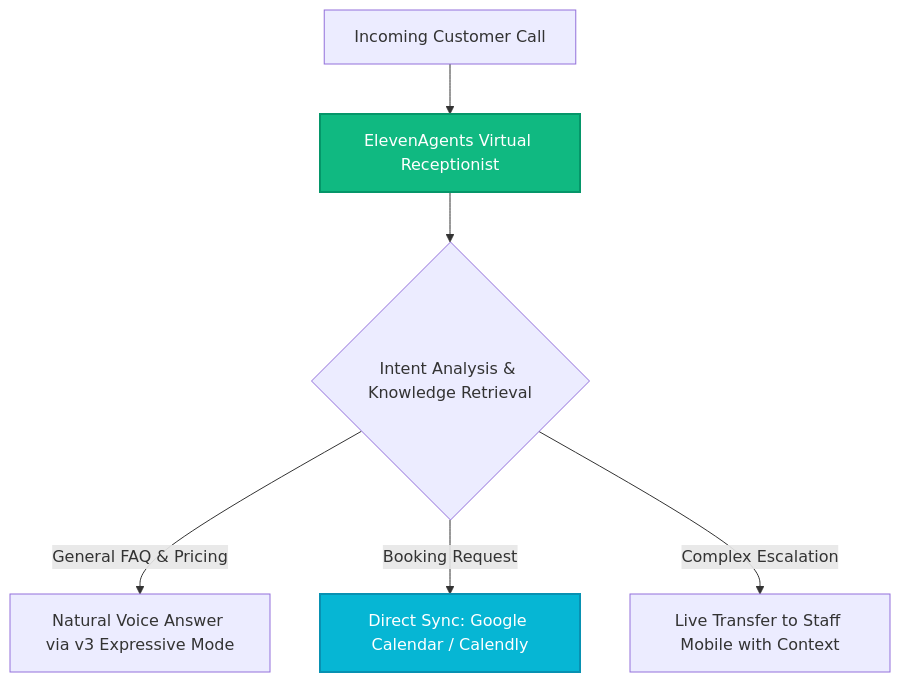
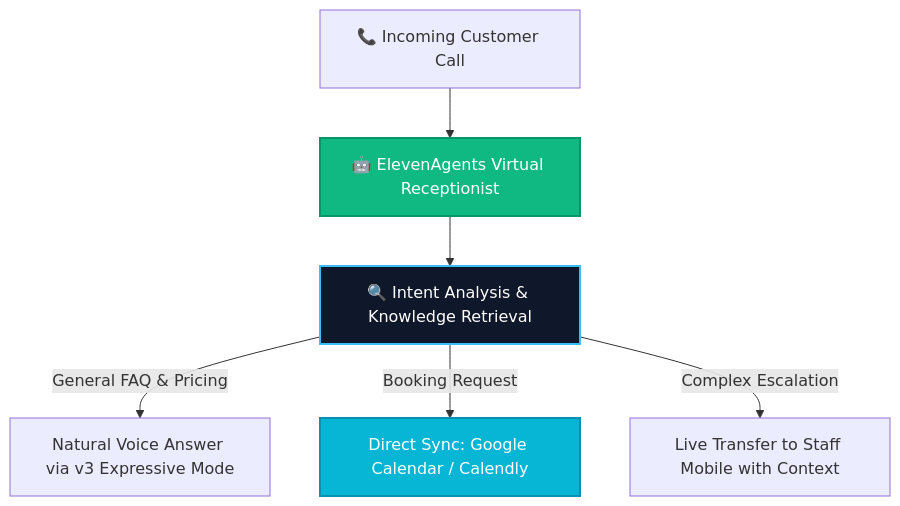
Before and after one commit to heliatech-media/saas-radar: the diagram in site/src/content/blog/elevenagents-ai-receptionist-guide.md, drawn with Mermaid. The commit also changed 26 other files, not shown here.

````diff
--- a/site/src/content/blog/elevenagents-ai-receptionist-guide.md
+++ b/site/src/content/blog/elevenagents-ai-receptionist-guide.md
@@ -49,10 +49,11 @@
 ```mermaid
 flowchart TD
-    A[Incoming Customer Call] --> B[ElevenAgents Virtual Receptionist]
-    B --> C{Intent Analysis & Knowledge Retrieval}
-    C -->|General FAQ & Pricing| D[Natural Voice Answer via v3 Expressive Mode]
-    C -->|Booking Request| E[Direct Sync: Google Calendar / Calendly]
-    C -->|Complex Escalation| F[Live Transfer to Staff Mobile with Context]
+    A["📞 Incoming Customer Call"] --> B["🤖 ElevenAgents Virtual Receptionist"]
+    B --> C["🔍 Intent Analysis & Knowledge Retrieval"]
+    C -->|General FAQ & Pricing| D["Natural Voice Answer via v3 Expressive Mode"]
+    C -->|Booking Request| E["Direct Sync: Google Calendar / Calendly"]
+    C -->|Complex Escalation| F["Live Transfer to Staff Mobile with Context"]
     style B fill:#10b981,stroke:#059669,stroke-width:2px,color:#ffffff
+    style C fill:#0f172a,stroke:#38bdf8,stroke-width:2px,color:#ffffff
     style E fill:#06b6d4,stroke:#0891b2,stroke-width:2px,color:#ffffff
 ```
````
